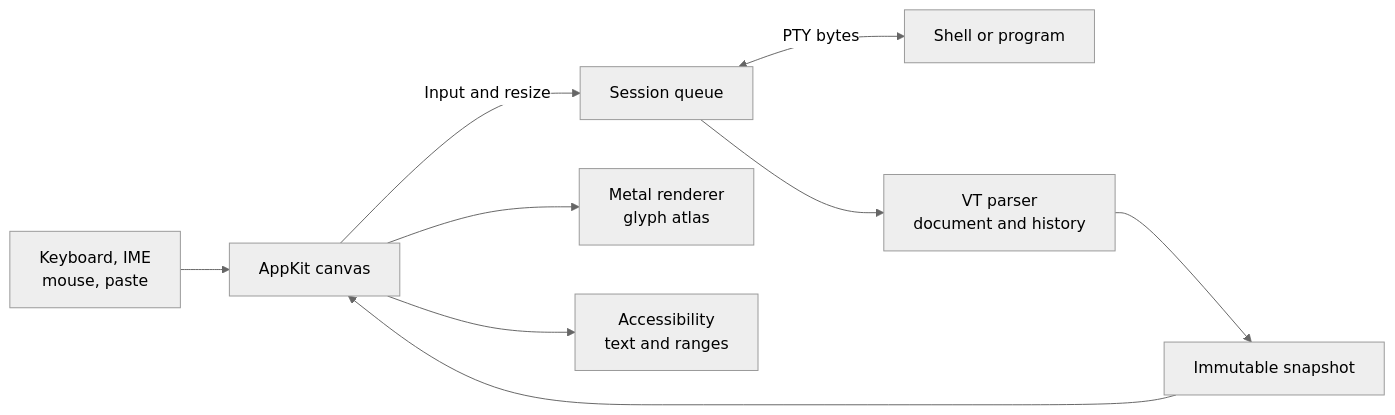
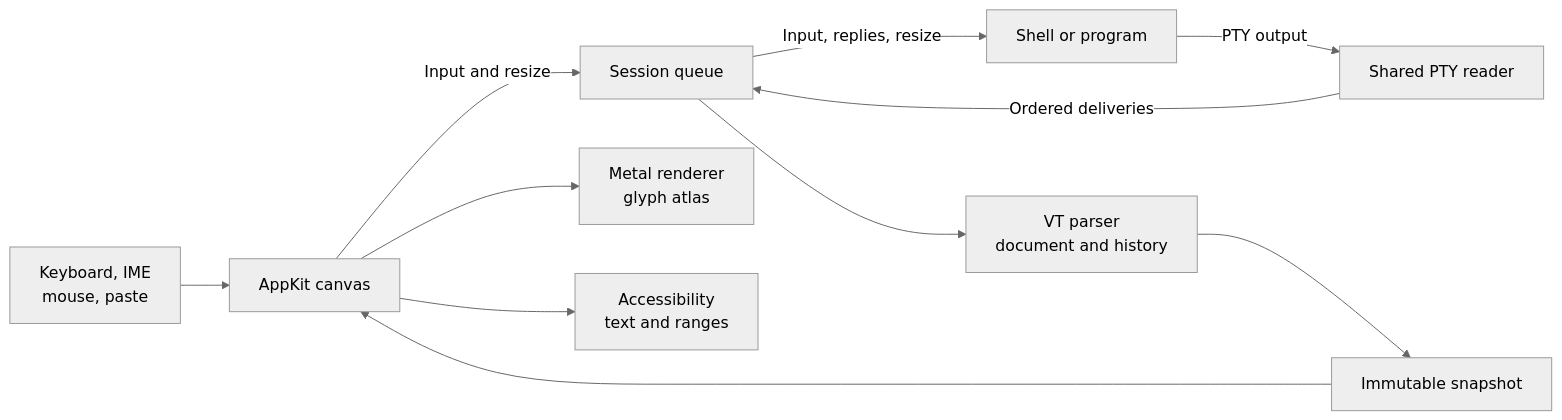
One commit to HelgeSverre/terminal changed the diagram in README.md. Above: the diagram before and after it, drawn with Mermaid (neutral theme). The commit also changed 66 other files, not shown here.

First line of the commit message:
Overlap PTY reads with ordered terminal processing

````diff
--- a/README.md
+++ b/README.md
@@ -93,11 +93,13 @@
 ```mermaid
 flowchart LR
   Input["Keyboard, IME<br/>mouse, paste"] --> Canvas[AppKit canvas]
   Canvas -->|Input and resize| Session[Session queue]
-  Session <-->|PTY bytes| Process[Shell or program]
+  Process[Shell or program] -->|PTY output| Reader[Shared PTY reader]
+  Reader -->|Ordered deliveries| Session
+  Session -->|Input, replies, resize| Process
   Session --> Emulator["VT parser<br/>document and history"]
   Emulator --> Snapshot[Immutable snapshot]
   Snapshot --> Canvas
   Canvas --> Renderer["Metal renderer<br/>glyph atlas"]
   Canvas --> AX["Accessibility<br/>text and ranges"]
 ```
````
